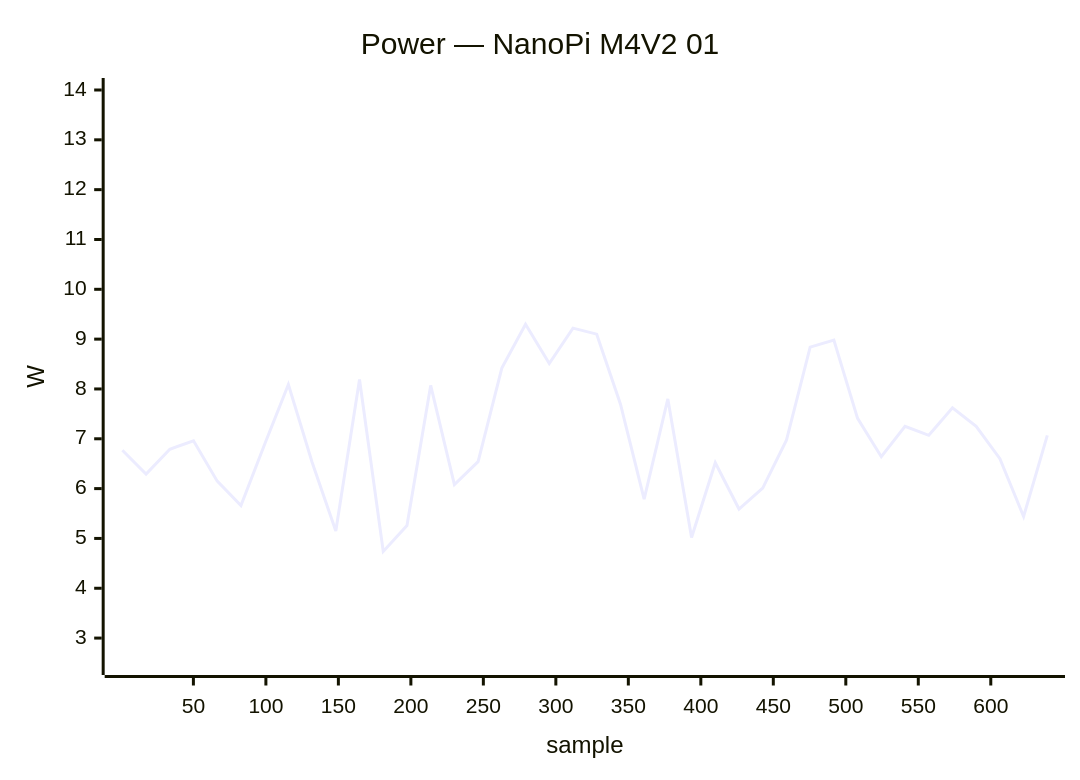
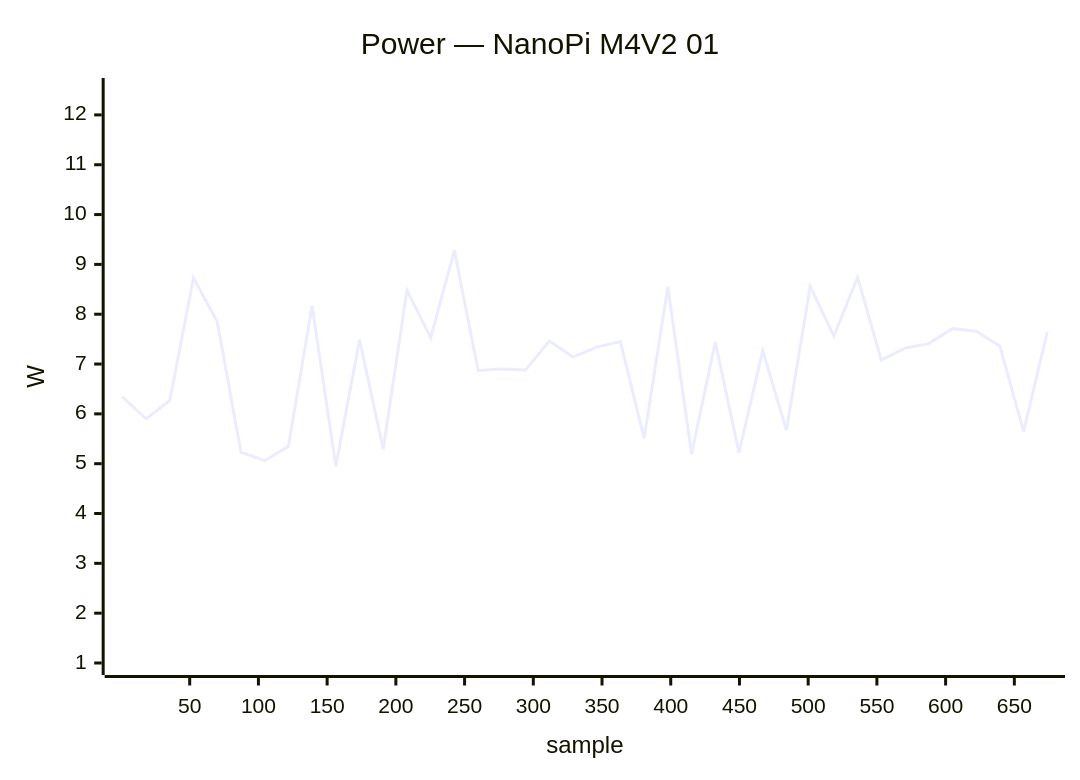
Before and after one commit to armbian/documentation: the third of 34 diagrams in docs/status/board-tests.md, drawn with Mermaid. The commit also changed other lines of this file, not shown here.

````diff
--- a/docs/status/board-tests.md
+++ b/docs/status/board-tests.md
@@ -111,7 +134,7 @@
 ```mermaid
 xychart-beta
     title "Power — NanoPi M4V2 01"
-    x-axis "sample" 1 --> 639
-    y-axis "W" 2.5 --> 14.0
-    line [6.77, 6.29, 6.79, 6.96, 6.15, 5.66, 6.89, 8.09, 6.53, 5.15, 8.19, 4.74, 5.26, 8.07, 6.08, 6.54, 8.42, 9.30, 8.51, 9.22, 9.10, 7.70, 5.79, 7.80, 5.02, 6.52, 5.59, 6.01, 6.97, 8.84, 8.98, 7.41, 6.64, 7.25, 7.07, 7.62, 7.25, 6.60, 5.44, 7.07]
+    x-axis "sample" 1 --> 674
+    y-axis "W" 1.0 --> 12.5
+    line [6.34, 5.90, 6.27, 8.73, 7.85, 5.23, 5.06, 5.35, 8.17, 4.95, 7.49, 5.29, 8.48, 7.53, 9.28, 6.87, 6.90, 6.88, 7.46, 7.14, 7.34, 7.45, 5.51, 8.55, 5.19, 7.44, 5.22, 7.27, 5.67, 8.56, 7.56, 8.74, 7.08, 7.32, 7.41, 7.71, 7.66, 7.36, 5.65, 7.65]
 ```
````
